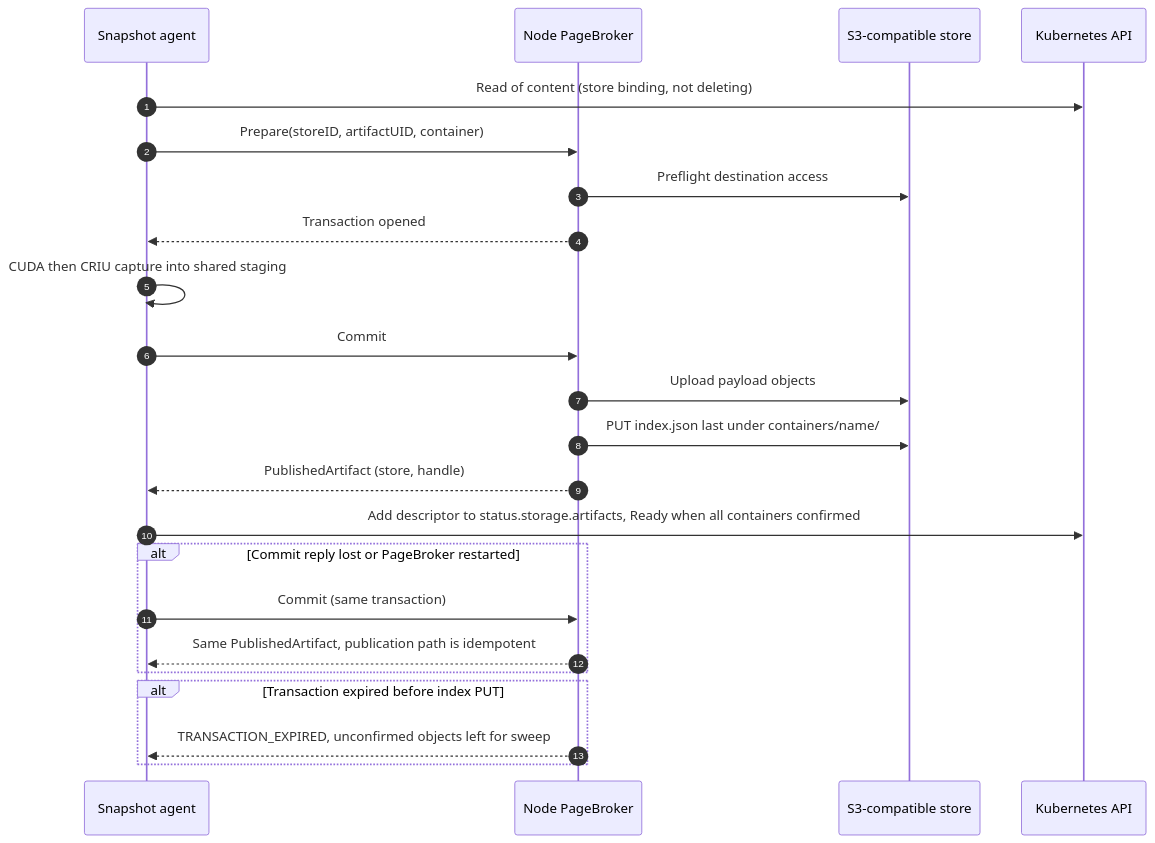
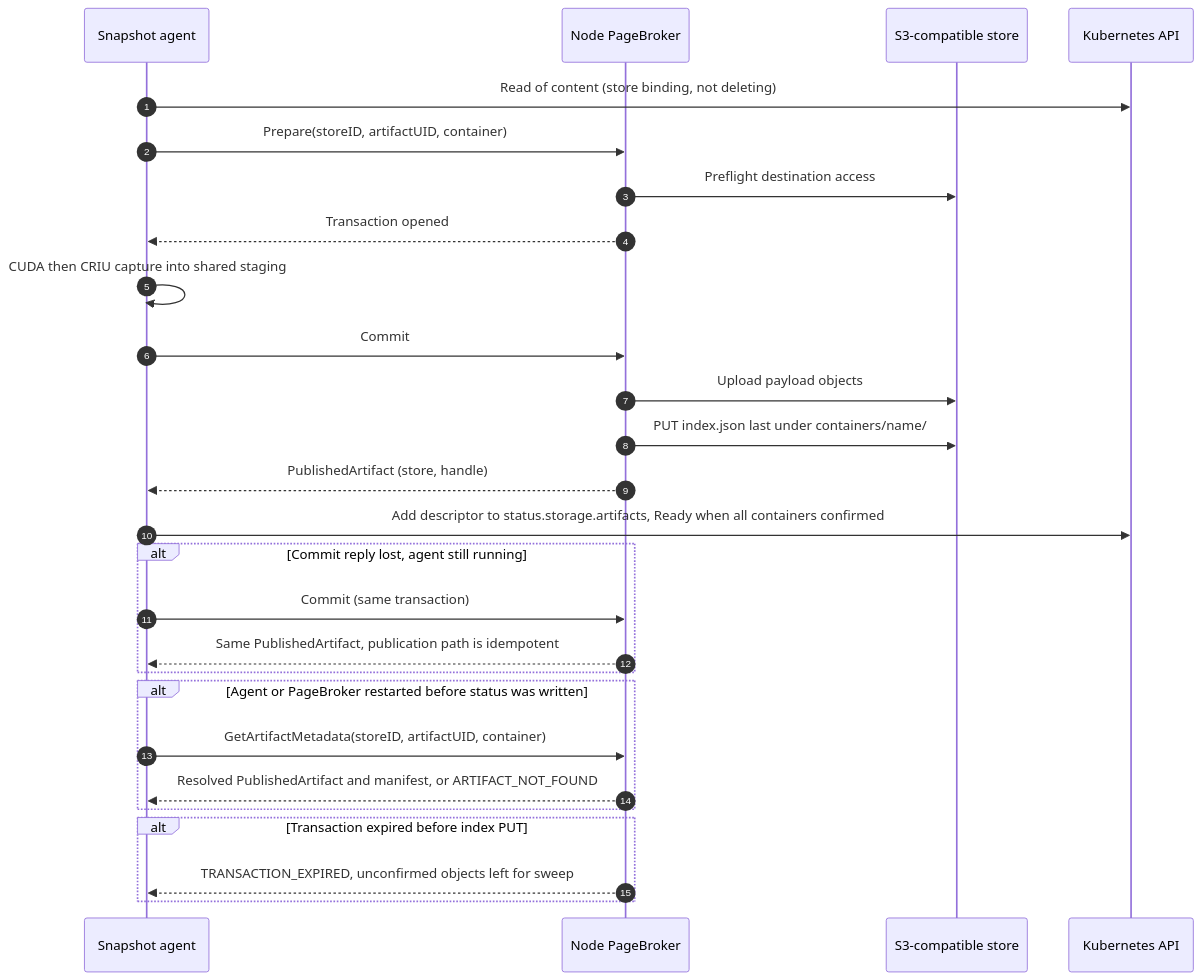
Before and after one commit to AlanFokCo/snapshot: the second of 4 diagrams in docs/proposals/237-s3-storage/README.md, drawn with Mermaid. The commit also changed other lines of this file, not shown here.

First line of the commit message:
docs(snep-237): define the identity lookup and settle PageBroker contract details

````diff
--- a/docs/proposals/237-s3-storage/README.md
+++ b/docs/proposals/237-s3-storage/README.md
@@ -121,25 +121,29 @@
 ```mermaid
 sequenceDiagram
     autonumber
     participant Agent as Snapshot agent
     participant PB as Node PageBroker
     participant S3 as S3-compatible store
     participant API as Kubernetes API
     Agent->>API: Read of content (store binding, not deleting)
     Agent->>PB: Prepare(storeID, artifactUID, container)
     PB->>S3: Preflight destination access
     PB-->>Agent: Transaction opened
     Agent->>Agent: CUDA then CRIU capture into shared staging
     Agent->>PB: Commit
     PB->>S3: Upload payload objects
     PB->>S3: PUT index.json last under containers/name/
     PB-->>Agent: PublishedArtifact (store, handle)
     Agent->>API: Add descriptor to status.storage.artifacts, Ready when all containers confirmed
-    alt Commit reply lost or PageBroker restarted
+    alt Commit reply lost, agent still running
         Agent->>PB: Commit (same transaction)
         PB-->>Agent: Same PublishedArtifact, publication path is idempotent
+    end
+    alt Agent or PageBroker restarted before status was written
+        Agent->>PB: GetArtifactMetadata(storeID, artifactUID, container)
+        PB-->>Agent: Resolved PublishedArtifact and manifest, or ARTIFACT_NOT_FOUND
     end
     alt Transaction expired before index PUT
         PB-->>Agent: TRANSACTION_EXPIRED, unconfirmed objects left for sweep
     end
 ```
````
